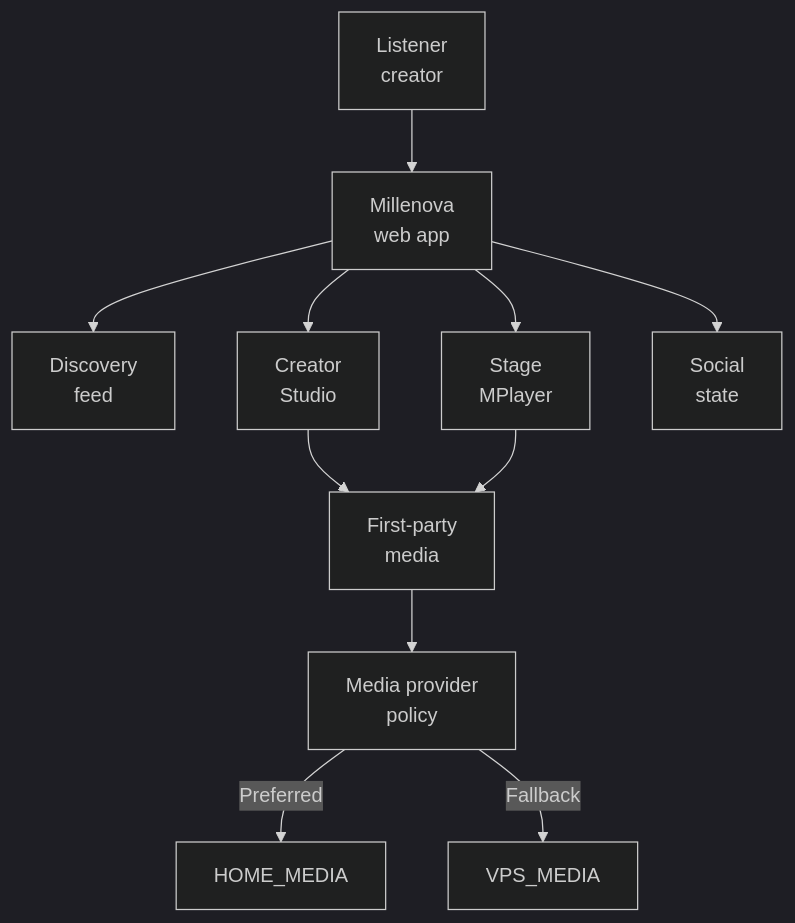
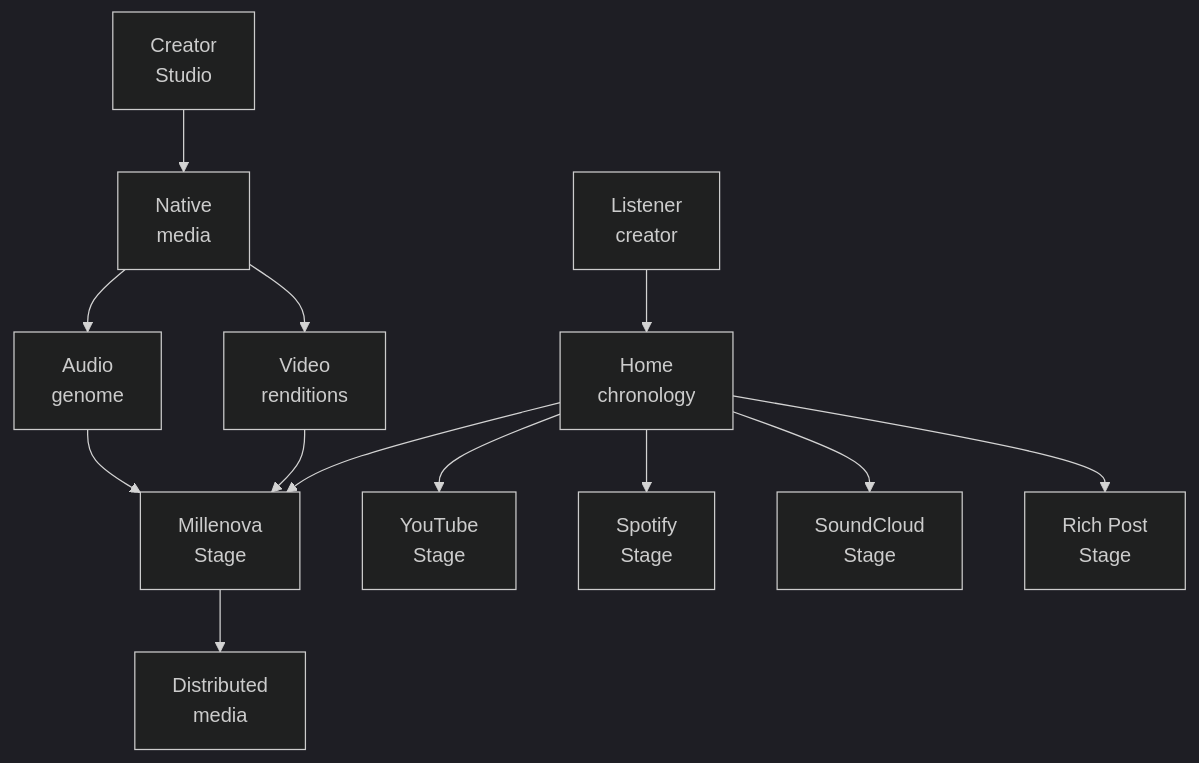
The first of 3 diagrams in README.md (wilderruiz/millenova-project), drawn with Mermaid (dark theme) before and after one commit. The commit also changed other lines of this file, not shown here.

Commit message:
docs: realign public index with current Millenova architecture

````diff
--- a/README.md
+++ b/README.md
@@ -13,24 +17,19 @@
 ```mermaid
 flowchart TD
-    USER["Listener<br/>creator"]
-    WEB["Millenova<br/>web app"]
-    FEED["Discovery<br/>feed"]
-    STUDIO["Creator<br/>Studio"]
-    PLAYER["Stage<br/>MPlayer"]
-    SOCIAL["Social<br/>state"]
-    MEDIA["First-party<br/>media"]
-    ROUTER["Media provider<br/>policy"]
-    HOME["HOME_MEDIA"]
-    VPS["VPS_MEDIA"]
+    USER["Listener<br/>creator"] --> HOME["Home<br/>chronology"]
 
-    USER --> WEB
-    WEB --> FEED
-    WEB --> STUDIO
-    WEB --> PLAYER
-    WEB --> SOCIAL
-    STUDIO --> MEDIA
-    PLAYER --> MEDIA
-    MEDIA --> ROUTER
-    ROUTER -->|Preferred| HOME
-    ROUTER -->|Fallback| VPS
+    HOME --> NATIVE["Millenova<br/>Stage"]
+    HOME --> YT["YouTube<br/>Stage"]
+    HOME --> SP["Spotify<br/>Stage"]
+    HOME --> SC["SoundCloud<br/>Stage"]
+    HOME --> RICH["Rich Post<br/>Stage"]
+
+    STUDIO["Creator<br/>Studio"] --> MEDIA["Native<br/>media"]
+    MEDIA --> VIDEO["Video<br/>renditions"]
+    MEDIA --> AUDIO["Audio<br/>genome"]
+
+    VIDEO --> NATIVE
+    AUDIO --> NATIVE
+
+    NATIVE --> DMN["Distributed<br/>media"]
 ```
````
